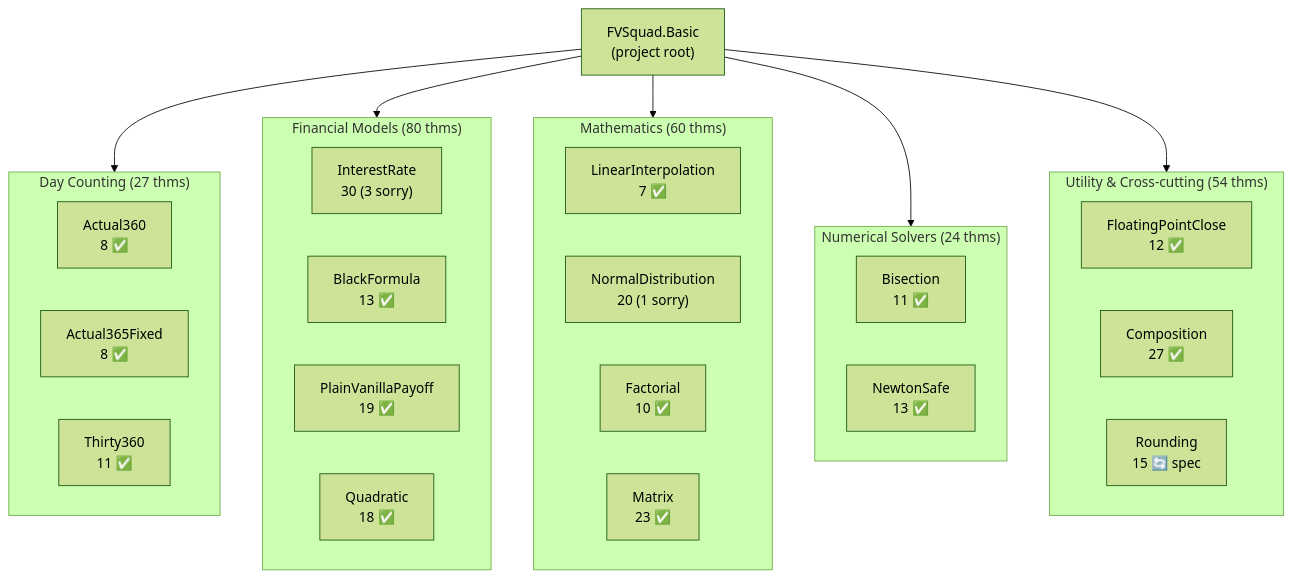
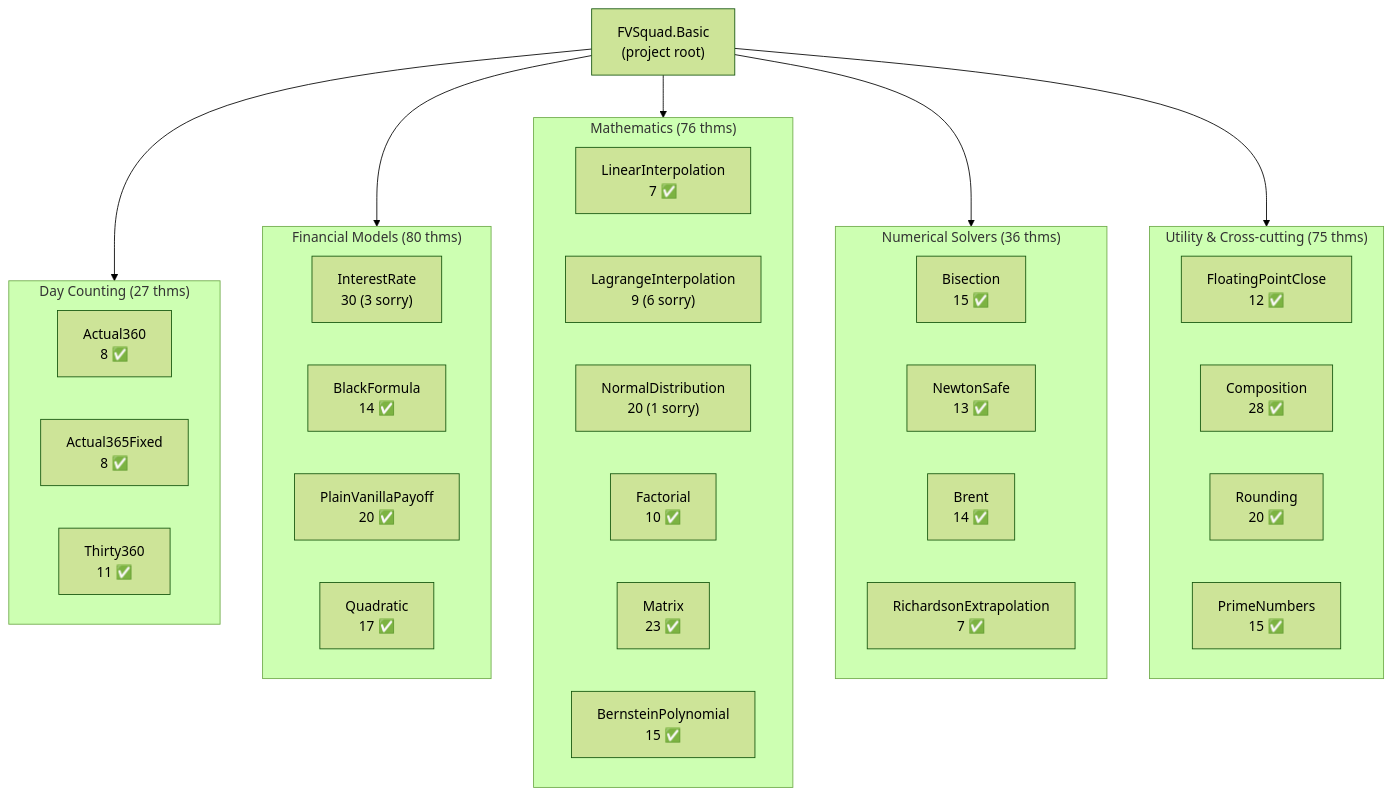
One commit to dsyme/QuantLib changed the first of 8 diagrams in formal-verification/REPORT.md. Above: the diagram before and after it, drawn with Mermaid (forest theme). The commit also changed other lines of this file and 1 other file, not shown here.

````diff
--- a/formal-verification/REPORT.md
+++ b/formal-verification/REPORT.md
@@ -21,35 +21,40 @@
 ```mermaid
 graph TD
     A["FVSquad.Basic<br/>(project root)"]
     subgraph DayCounting["Day Counting (27 thms)"]
       B["Actual360<br/>8 ✅"]
       B2["Actual365Fixed<br/>8 ✅"]
       E["Thirty360<br/>11 ✅"]
     end
     subgraph Finance["Financial Models (80 thms)"]
       C["InterestRate<br/>30 (3 sorry)"]
-      BF["BlackFormula<br/>13 ✅"]
-      PV["PlainVanillaPayoff<br/>19 ✅"]
-      Q["Quadratic<br/>18 ✅"]
+      BF["BlackFormula<br/>14 ✅"]
+      PV["PlainVanillaPayoff<br/>20 ✅"]
+      Q["Quadratic<br/>17 ✅"]
     end
-    subgraph Math["Mathematics (60 thms)"]
+    subgraph Math["Mathematics (76 thms)"]
       D["LinearInterpolation<br/>7 ✅"]
+      LG["LagrangeInterpolation<br/>9 (6 sorry)"]
       F["NormalDistribution<br/>20 (1 sorry)"]
       G["Factorial<br/>10 ✅"]
       M["Matrix<br/>23 ✅"]
+      BP["BernsteinPolynomial<br/>15 ✅"]
     end
-    subgraph Solvers["Numerical Solvers (24 thms)"]
-      H["Bisection<br/>11 ✅"]
+    subgraph Solvers["Numerical Solvers (36 thms)"]
+      H["Bisection<br/>15 ✅"]
       NS["NewtonSafe<br/>13 ✅"]
+      BR["Brent<br/>14 ✅"]
+      RE["RichardsonExtrapolation<br/>7 ✅"]
     end
-    subgraph Utility["Utility & Cross-cutting (54 thms)"]
+    subgraph Utility["Utility & Cross-cutting (75 thms)"]
       FC["FloatingPointClose<br/>12 ✅"]
-      CO["Composition<br/>27 ✅"]
-      RD["Rounding<br/>15 🔄 spec"]
+      CO["Composition<br/>28 ✅"]
+      RD["Rounding<br/>20 ✅"]
+      PN["PrimeNumbers<br/>15 ✅"]
     end
     A --> DayCounting
     A --> Finance
     A --> Math
     A --> Solvers
     A --> Utility
 ```
````
